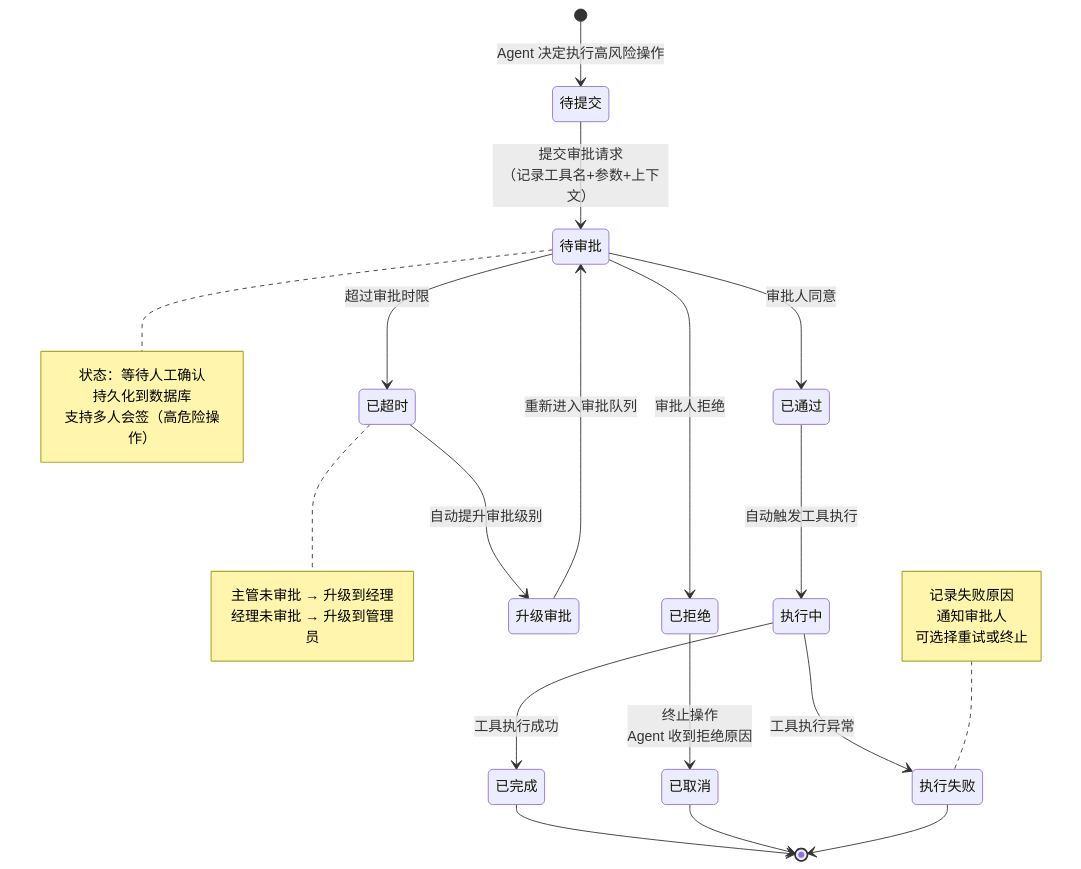
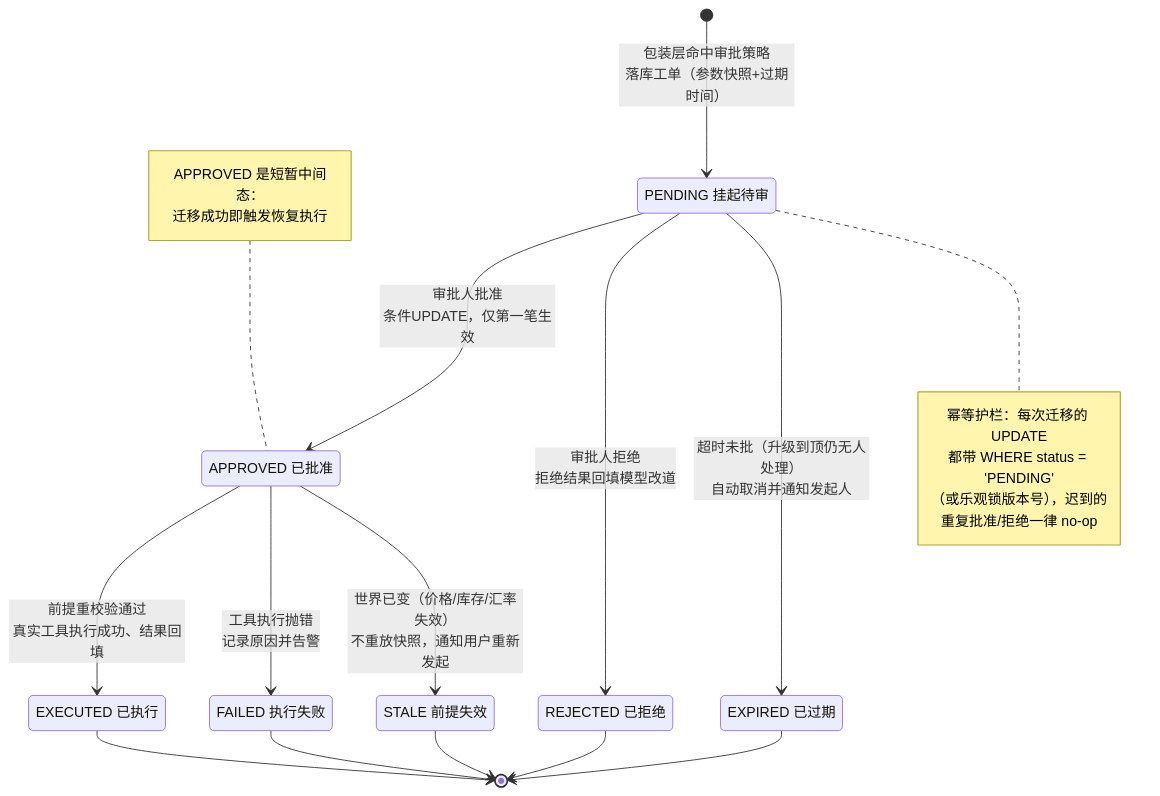
Before and after one commit to UranusGit/java-agent-learn: the second of 5 diagrams in docs/教程/28-Human-in-the-Loop与审批流.md, drawn with Mermaid. The commit also changed other lines of this file and 244 other files, not shown here.

````diff
--- a/docs/教程/28-Human-in-the-Loop与审批流.md
+++ b/docs/教程/28-Human-in-the-Loop与审批流.md
@@ -187,36 +169,33 @@
 ```mermaid
 stateDiagram-v2
-    [*] --> 待提交: Agent 决定执行高风险操作
+    state "PENDING 挂起待审" as PENDING
+    state "APPROVED 已批准" as APPROVED
+    state "EXECUTED 已执行" as EXECUTED
+    state "REJECTED 已拒绝" as REJECTED
+    state "EXPIRED 已过期" as EXPIRED
+    state "STALE 前提失效" as STALE
+    state "FAILED 执行失败" as FAILED
 
-    待提交 --> 待审批: 提交审批请求<br/>（记录工具名+参数+上下文）
-
-    待审批 --> 已通过: 审批人同意
-    待审批 --> 已拒绝: 审批人拒绝
-    待审批 --> 已超时: 超过审批时限
-    note right of 待审批
-        状态：等待人工确认
-        持久化到数据库
-        支持多人会签（高危险操作）
+    [*] --> PENDING: 包装层命中审批策略<br/>落库工单（参数快照+过期时间）
+    PENDING --> APPROVED: 审批人批准<br/>条件UPDATE，仅第一笔生效
+    PENDING --> REJECTED: 审批人拒绝<br/>拒绝结果回填模型改道
+    PENDING --> EXPIRED: 超时未批（升级到顶仍无人处理）<br/>自动取消并通知发起人
+    APPROVED --> EXECUTED: 前提重校验通过<br/>真实工具执行成功、结果回填
+    APPROVED --> FAILED: 工具执行抛错<br/>记录原因并告警
+    APPROVED --> STALE: 世界已变（价格/库存/汇率失效）<br/>不重放快照，通知用户重新发起
+    note right of PENDING
+        幂等护栏：每次迁移的 UPDATE
+        都带 WHERE status = 'PENDING'
+        （或乐观锁版本号），迟到的
+        重复批准/拒绝一律 no-op
     end note
-
-    已通过 --> 执行中: 自动触发工具执行
-    已拒绝 --> 已取消: 终止操作<br/>Agent 收到拒绝原因
-    已超时 --> 升级审批: 自动提升审批级别
-    note right of 已超时
-        主管未审批 → 升级到经理
-        经理未审批 → 升级到管理员
+    note left of APPROVED
+        APPROVED 是短暂中间态：
+        迁移成功即触发恢复执行
     end note
-
-    升级审批 --> 待审批: 重新进入审批队列
-    执行中 --> 已完成: 工具执行成功
-    执行中 --> 执行失败: 工具执行异常
-
-    已完成 --> [*]
-    已取消 --> [*]
-    执行失败 --> [*]
-    note left of 执行失败
-        记录失败原因
-        通知审批人
-        可选择重试或终止
-    end note
+    EXECUTED --> [*]
+    REJECTED --> [*]
+    EXPIRED --> [*]
+    STALE --> [*]
+    FAILED --> [*]
 ```
````
